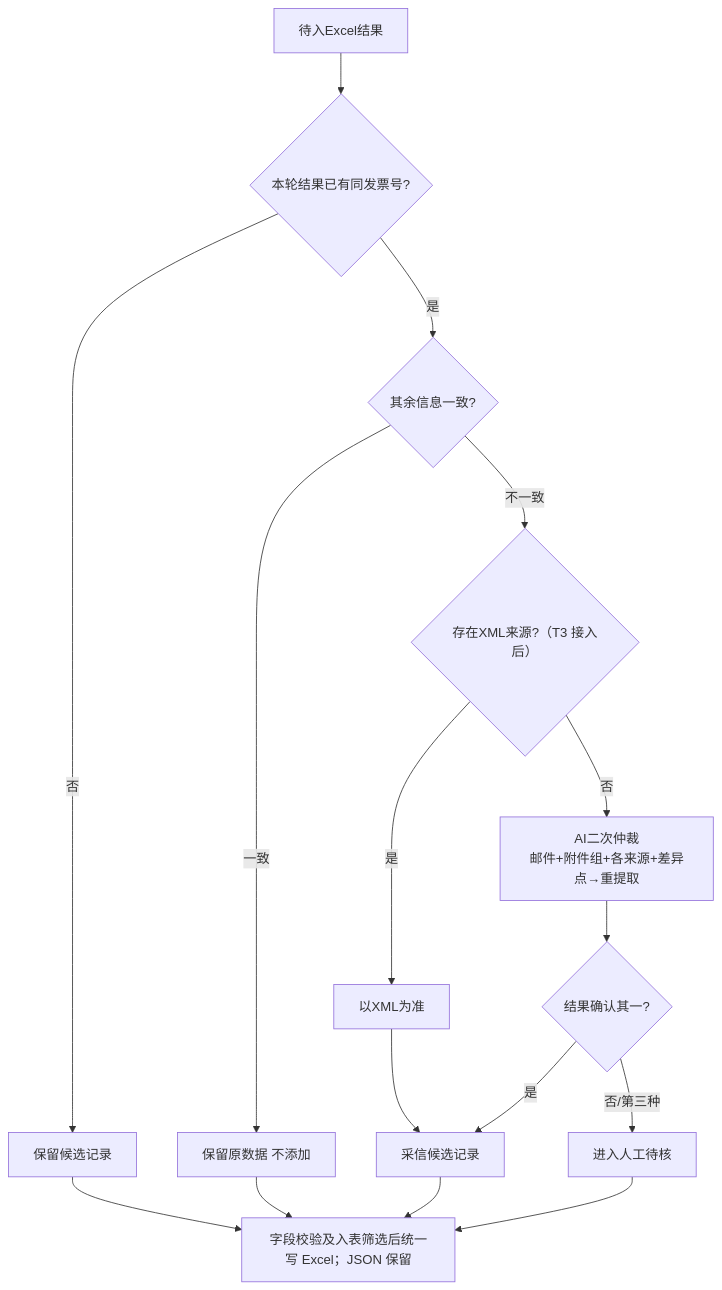
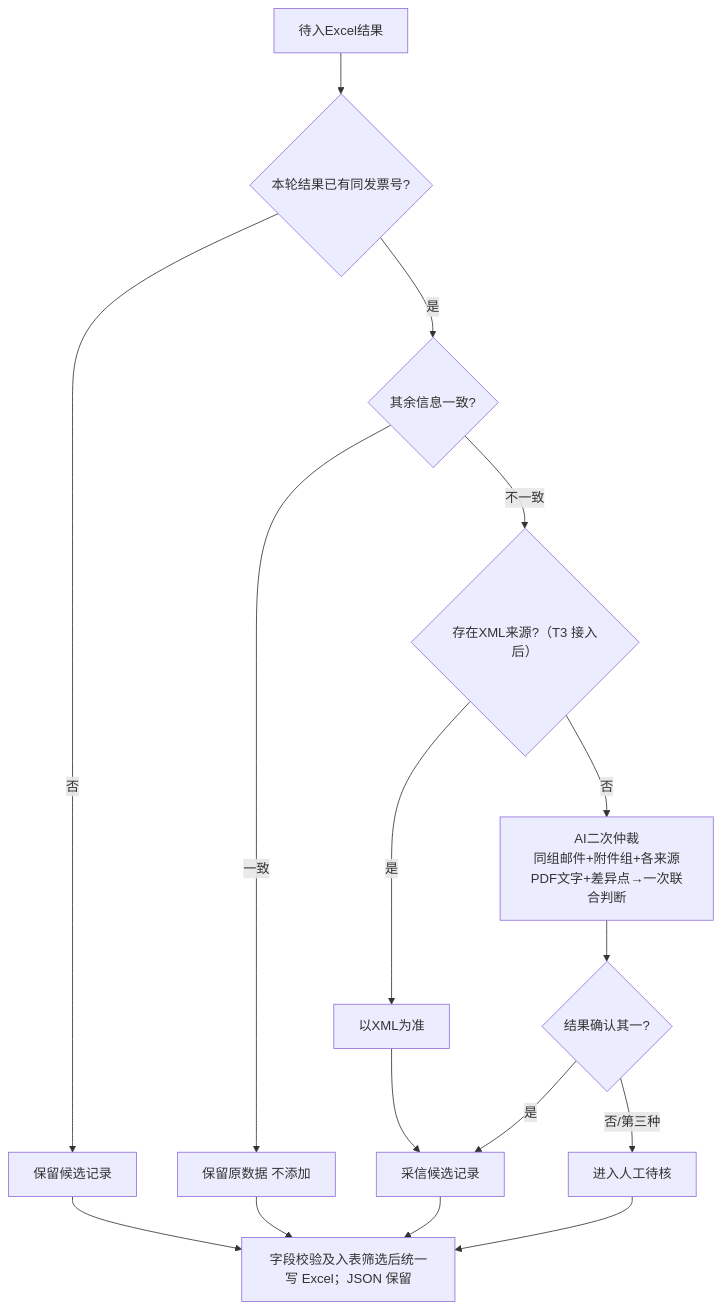
The fourth of 4 diagrams in 01 docs/01 project/重构方案.md (MUKE-git/Fapiao_Task), drawn with Mermaid before and after one commit. The commit also changed other lines of this file and 271 other files, not shown here.

````diff
--- a/01 docs/01 project/重构方案.md
+++ b/01 docs/01 project/重构方案.md
@@ -273,13 +273,13 @@
 ```mermaid
 flowchart TD
     A["待入Excel结果"]-->B{"本轮结果已有同发票号?"}
     B-->|否|C["保留候选记录"]-->L["字段校验及入表筛选后统一写 Excel；JSON 保留"]
     B-->|是|D{"其余信息一致?"}
     D-->|一致|E["保留原数据 不添加"]-->L
     D-->|不一致|F{"存在XML来源?（T3 接入后）"}
     F-->|是|G["以XML为准"]-->J["采信候选记录"]-->L
-    F-->|否|H["AI二次仲裁<br/>邮件+附件组+各来源+差异点→重提取"]
+    F-->|否|H["AI二次仲裁<br/>同组邮件+附件组+各来源PDF文字+差异点→一次联合判断"]
     H-->I{"结果确认其一?"}
     I-->|是|J
     I-->|否/第三种|K["进入人工待核"]-->L
 ```
````
